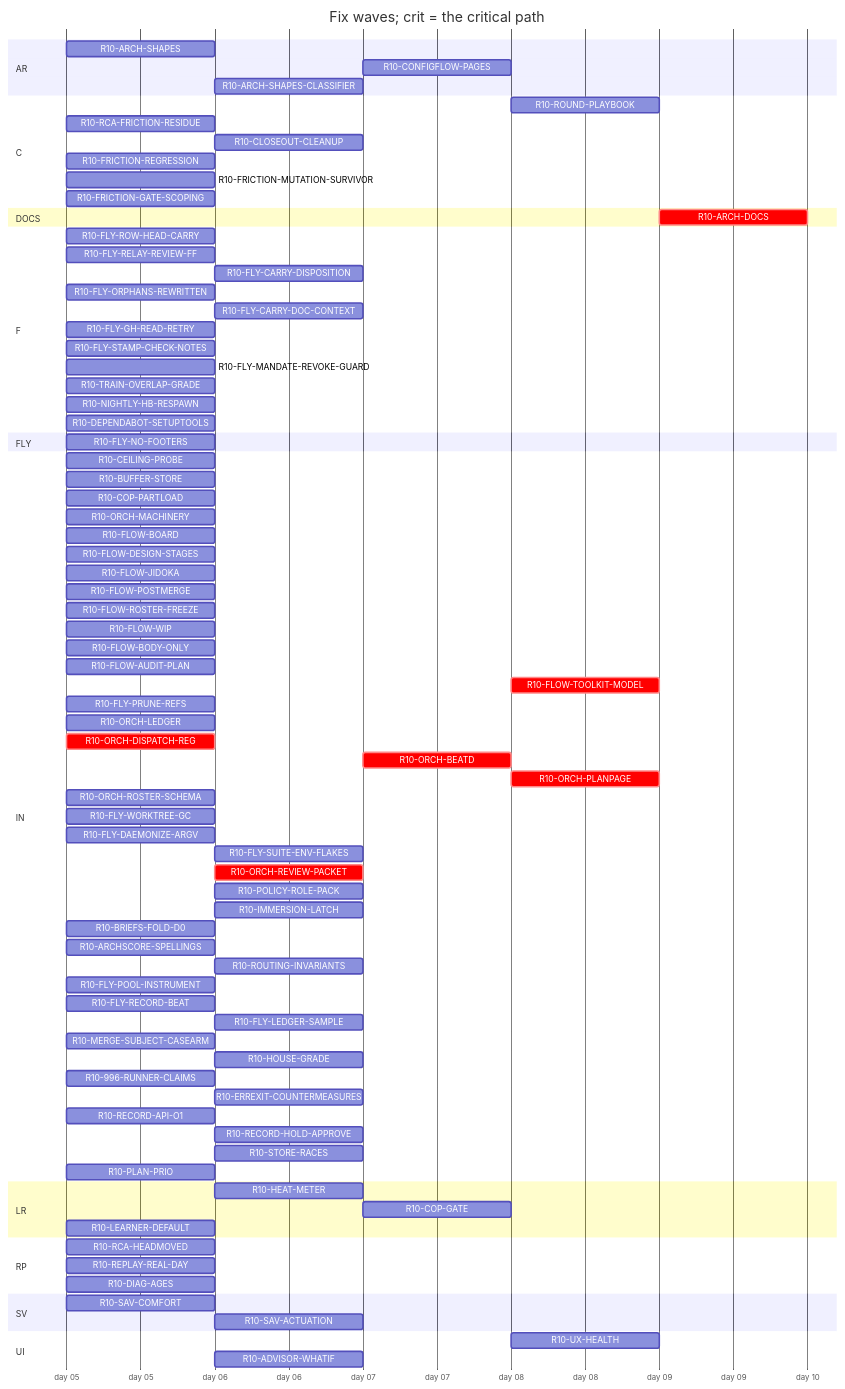
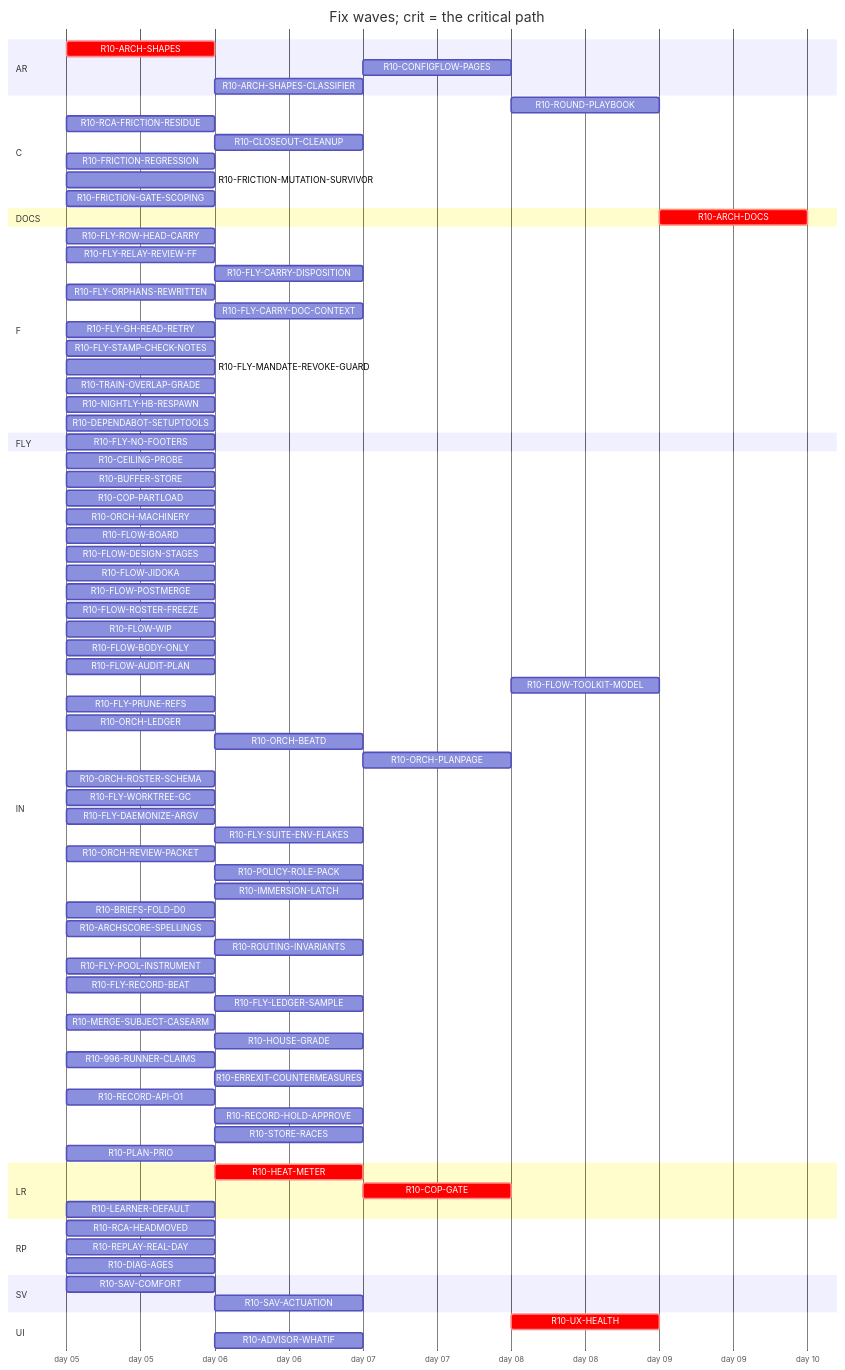
The diagram in handoff/round10/state/PLAN-TABLE.md (tvofi/heatpump_optimizer), drawn with Mermaid before and after one commit. The commit also changed other lines of this file and 2 other files, not shown here.

````diff
--- a/handoff/round10/state/PLAN-TABLE.md
+++ b/handoff/round10/state/PLAN-TABLE.md
@@ -26,18 +26,18 @@
   dateFormat YYYY-MM-DD
   axisFormat day %d
   section AR
-    R10-ARCH-SHAPES :r10ARCHSHAPES, 2026-01-05, 1d
+    R10-ARCH-SHAPES :crit, r10ARCHSHAPES, 2026-01-05, 1d
     R10-CONFIGFLOW-PAGES :r10CONFIGFLOWPAGES, after r10HEATMETER, 1d
     R10-ARCH-SHAPES-CLASSIFIER :r10ARCHSHAPESCLASSIFIER, after r10996RUNNERCLAIMS r10ARCHSHAPES, 1d
   section C
-    R10-ROUND-PLAYBOOK :r10ROUNDPLAYBOOK, after r10FLOWAUDITPLAN r10ORCHLEDGER r10ORCHDISPATCHREG r10ORCHBEATD r10ORCHPLANPAGE r10FLYRELAYREVIEWFF r10FLOWROSTERFREEZE r10FLOWBODYONLY, 1d
+    R10-ROUND-PLAYBOOK :r10ROUNDPLAYBOOK, after r10FLOWAUDITPLAN r10ORCHLEDGER r10ORCHBEATD r10ORCHPLANPAGE r10FLYRELAYREVIEWFF r10FLOWROSTERFREEZE r10FLOWBODYONLY, 1d
     R10-RCA-FRICTION-RESIDUE :r10RCAFRICTIONRESIDUE, 2026-01-05, 1d
     R10-CLOSEOUT-CLEANUP :r10CLOSEOUTCLEANUP, after r10FLYPRUNEREFS r10FLYWORKTREEGC, 1d
     R10-FRICTION-REGRESSION :r10FRICTIONREGRESSION, 2026-01-05, 1d
     R10-FRICTION-MUTATION-SURVIVOR :r10FRICTIONMUTATIONSURVIVOR, 2026-01-05, 1d
     R10-FRICTION-GATE-SCOPING :r10FRICTIONGATESCOPING, 2026-01-05, 1d
   section DOCS
-    R10-ARCH-DOCS :crit, r10ARCHDOCS, after r10ARCHSHAPES r10HEATMETER r10COPGATE r10UXHEALTH r10CONFIGFLOWPAGES r10RCAHEADMOVED r10SAVCOMFORT r10CEILINGPROBE r10BUFFERSTORE r10COPPARTLOAD r10LEARNERDEFAULT r10FLOWBOARD r10FLOWDESIGNSTAGES r10FLOWJIDOKA r10FLOWPOSTMERGE r10FLOWROSTERFREEZE r10FLOWWIP r10FLOWBODYONLY r10FLYROWHEADCARRY r10FLOWAUDITPLAN r10FLYRELAYREVIEWFF r10FLYCARRYDISPOSITION r10FLYORPHANSREWRITTEN r10FLYCARRYDOCCONTEXT r10FLOWTOOLKITMODEL r10FLYSTAMPCHECKNOTES r10FLYMANDATEREVOKEGUARD r10RCAFRICTIONRESIDUE r10TRAINOVERLAPGRADE r10NIGHTLYHBRESPAWN r10FLYPRUNEREFS r10ORCHLEDGER r10ORCHDISPATCHREG r10ORCHBEATD r10ORCHPLANPAGE r10ORCHROSTERSCHEMA r10FLYWORKTREEGC r10FLYDAEMONIZEARGV r10ORCHREVIEWPACKET r10POLICYROLEPACK r10IMMERSIONLATCH r10BRIEFSFOLDD0 r10REPLAYREALDAY r10ARCHSCORESPELLINGS r10SAVACTUATION r10FLYLEDGERSAMPLE, 1d
+    R10-ARCH-DOCS :crit, r10ARCHDOCS, after r10ARCHSHAPES r10HEATMETER r10COPGATE r10UXHEALTH r10CONFIGFLOWPAGES r10RCAHEADMOVED r10SAVCOMFORT r10CEILINGPROBE r10BUFFERSTORE r10COPPARTLOAD r10LEARNERDEFAULT r10FLOWBOARD r10FLOWDESIGNSTAGES r10FLOWJIDOKA r10FLOWPOSTMERGE r10FLOWROSTERFREEZE r10FLOWWIP r10FLOWBODYONLY r10FLYROWHEADCARRY r10FLOWAUDITPLAN r10FLYRELAYREVIEWFF r10FLYCARRYDISPOSITION r10FLYORPHANSREWRITTEN r10FLYCARRYDOCCONTEXT r10FLOWTOOLKITMODEL r10FLYSTAMPCHECKNOTES r10FLYMANDATEREVOKEGUARD r10RCAFRICTIONRESIDUE r10TRAINOVERLAPGRADE r10NIGHTLYHBRESPAWN r10FLYPRUNEREFS r10ORCHLEDGER r10ORCHBEATD r10ORCHPLANPAGE r10ORCHROSTERSCHEMA r10FLYWORKTREEGC r10FLYDAEMONIZEARGV r10ORCHREVIEWPACKET r10POLICYROLEPACK r10IMMERSIONLATCH r10BRIEFSFOLDD0 r10REPLAYREALDAY r10ARCHSCORESPELLINGS r10SAVACTUATION r10FLYLEDGERSAMPLE, 1d
   section F
     R10-FLY-ROW-HEAD-CARRY :r10FLYROWHEADCARRY, 2026-01-05, 1d
     R10-FLY-RELAY-REVIEW-FF :r10FLYRELAYREVIEWFF, 2026-01-05, 1d
@@ -65,17 +65,16 @@
     R10-FLOW-WIP :r10FLOWWIP, 2026-01-05, 1d
     R10-FLOW-BODY-ONLY :r10FLOWBODYONLY, 2026-01-05, 1d
     R10-FLOW-AUDIT-PLAN :r10FLOWAUDITPLAN, 2026-01-05, 1d
-    R10-FLOW-TOOLKIT-MODEL :crit, r10FLOWTOOLKITMODEL, after r10ORCHPLANPAGE, 1d
+    R10-FLOW-TOOLKIT-MODEL :r10FLOWTOOLKITMODEL, after r10ORCHPLANPAGE, 1d
     R10-FLY-PRUNE-REFS :r10FLYPRUNEREFS, 2026-01-05, 1d
     R10-ORCH-LEDGER :r10ORCHLEDGER, 2026-01-05, 1d
-    R10-ORCH-DISPATCH-REG :crit, r10ORCHDISPATCHREG, 2026-01-05, 1d
-    R10-ORCH-BEATD :crit, r10ORCHBEATD, after r10ORCHDISPATCHREG r10ORCHREVIEWPACKET r10FLOWROSTERFREEZE, 1d
-    R10-ORCH-PLANPAGE :crit, r10ORCHPLANPAGE, after r10ORCHBEATD, 1d
+    R10-ORCH-BEATD :r10ORCHBEATD, after r10ORCHREVIEWPACKET r10FLOWROSTERFREEZE, 1d
+    R10-ORCH-PLANPAGE :r10ORCHPLANPAGE, after r10ORCHBEATD, 1d
     R10-ORCH-ROSTER-SCHEMA :r10ORCHROSTERSCHEMA, 2026-01-05, 1d
     R10-FLY-WORKTREE-GC :r10FLYWORKTREEGC, 2026-01-05, 1d
     R10-FLY-DAEMONIZE-ARGV :r10FLYDAEMONIZEARGV, 2026-01-05, 1d
     R10-FLY-SUITE-ENV-FLAKES :r10FLYSUITEENVFLAKES, after r10SAVCOMFORT, 1d
-    R10-ORCH-REVIEW-PACKET :crit, r10ORCHREVIEWPACKET, after r10ORCHDISPATCHREG, 1d
+    R10-ORCH-REVIEW-PACKET :r10ORCHREVIEWPACKET, 2026-01-05, 1d
     R10-POLICY-ROLE-PACK :r10POLICYROLEPACK, after r10FLOWDESIGNSTAGES, 1d
     R10-IMMERSION-LATCH :r10IMMERSIONLATCH, after r10ARCHSHAPES, 1d
     R10-BRIEFS-FOLD-D0 :r10BRIEFSFOLDD0, 2026-01-05, 1d
@@ -93,8 +92,8 @@
     R10-STORE-RACES :r10STORERACES, after r10BUFFERSTORE, 1d
     R10-PLAN-PRIO :r10PLANPRIO, 2026-01-05, 1d
   section LR
-    R10-HEAT-METER :r10HEATMETER, after r10ARCHSHAPES, 1d
-    R10-COP-GATE :r10COPGATE, after r10HEATMETER, 1d
+    R10-HEAT-METER :crit, r10HEATMETER, after r10ARCHSHAPES, 1d
+    R10-COP-GATE :crit, r10COPGATE, after r10HEATMETER, 1d
     R10-LEARNER-DEFAULT :r10LEARNERDEFAULT, 2026-01-05, 1d
   section RP
     R10-RCA-HEADMOVED :r10RCAHEADMOVED, 2026-01-05, 1d
@@ -104,6 +103,6 @@
     R10-SAV-COMFORT :r10SAVCOMFORT, 2026-01-05, 1d
     R10-SAV-ACTUATION :r10SAVACTUATION, after r10SAVCOMFORT, 1d
   section UI
-    R10-UX-HEALTH :r10UXHEALTH, after r10COPGATE r10HEATMETER r10SAVCOMFORT, 1d
+    R10-UX-HEALTH :crit, r10UXHEALTH, after r10COPGATE r10HEATMETER r10SAVCOMFORT, 1d
     R10-ADVISOR-WHATIF :r10ADVISORWHATIF, after r10SAVCOMFORT, 1d
 ```
````
